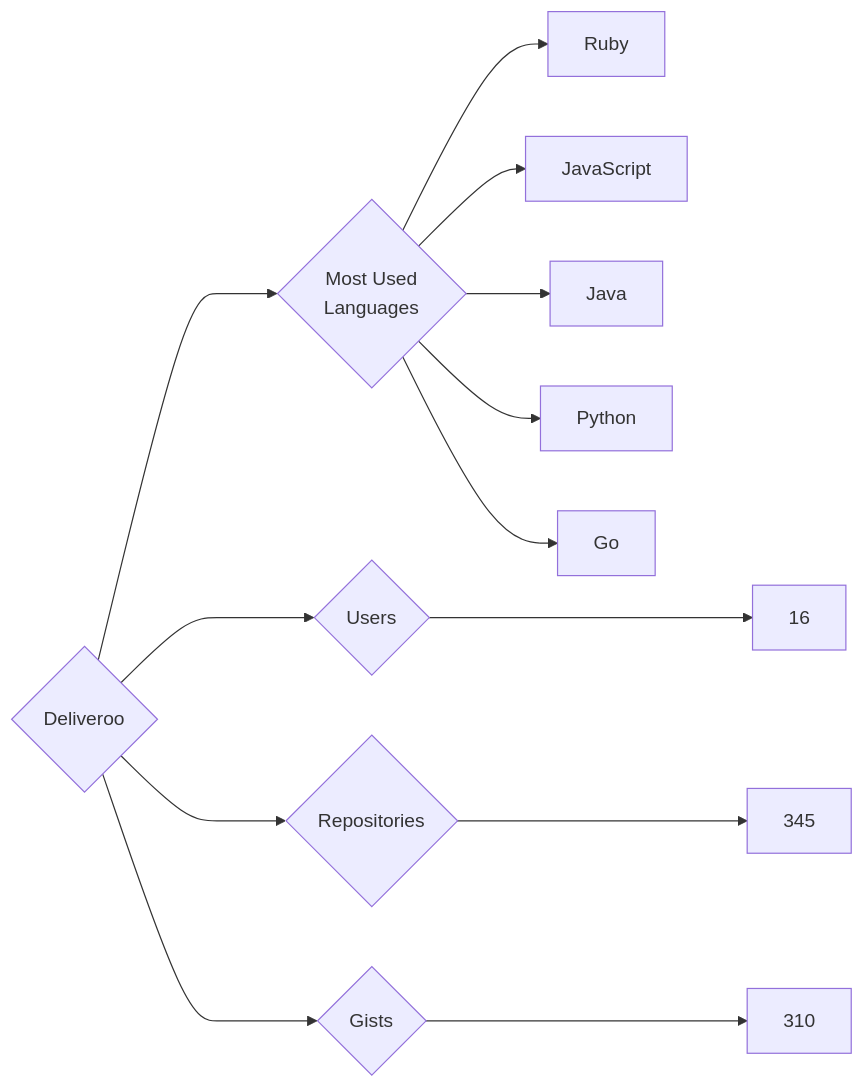
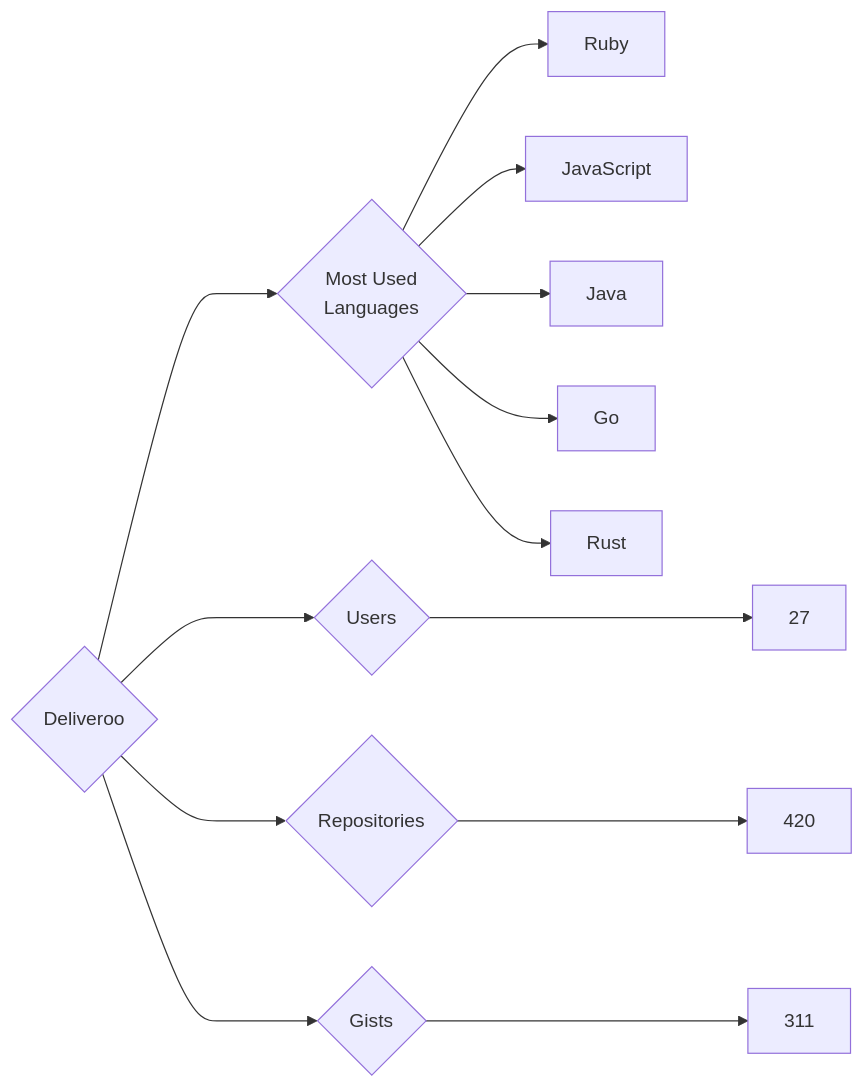
One commit to trickest/insiders changed the diagram in targets/Deliveroo/README.md. Above: the diagram before and after it, drawn with Mermaid. The commit also changed 748 other files, not shown here.

````diff
--- a/targets/Deliveroo/README.md
+++ b/targets/Deliveroo/README.md
@@ -3,13 +3,13 @@
 ```mermaid
 graph LR
 COMPANY_NAME{Deliveroo}
-COMPANY_NAME ---> U{Users} ---> UN[16]
-COMPANY_NAME ---> R{Repositories} ---> RN[345]
-COMPANY_NAME ---> G{Gists} ---> GN[310]
+COMPANY_NAME ---> U{Users} ---> UN[27]
+COMPANY_NAME ---> R{Repositories} ---> RN[420]
+COMPANY_NAME ---> G{Gists} ---> GN[311]
 COMPANY_NAME ---> ML{Most Used<br>Languages}
 ML --> Ruby[Ruby]
 ML --> JavaScript[JavaScript]
 ML --> Java[Java]
-ML --> Python[Python]
 ML --> Go[Go]
+ML --> Rust[Rust]
 ```
````
